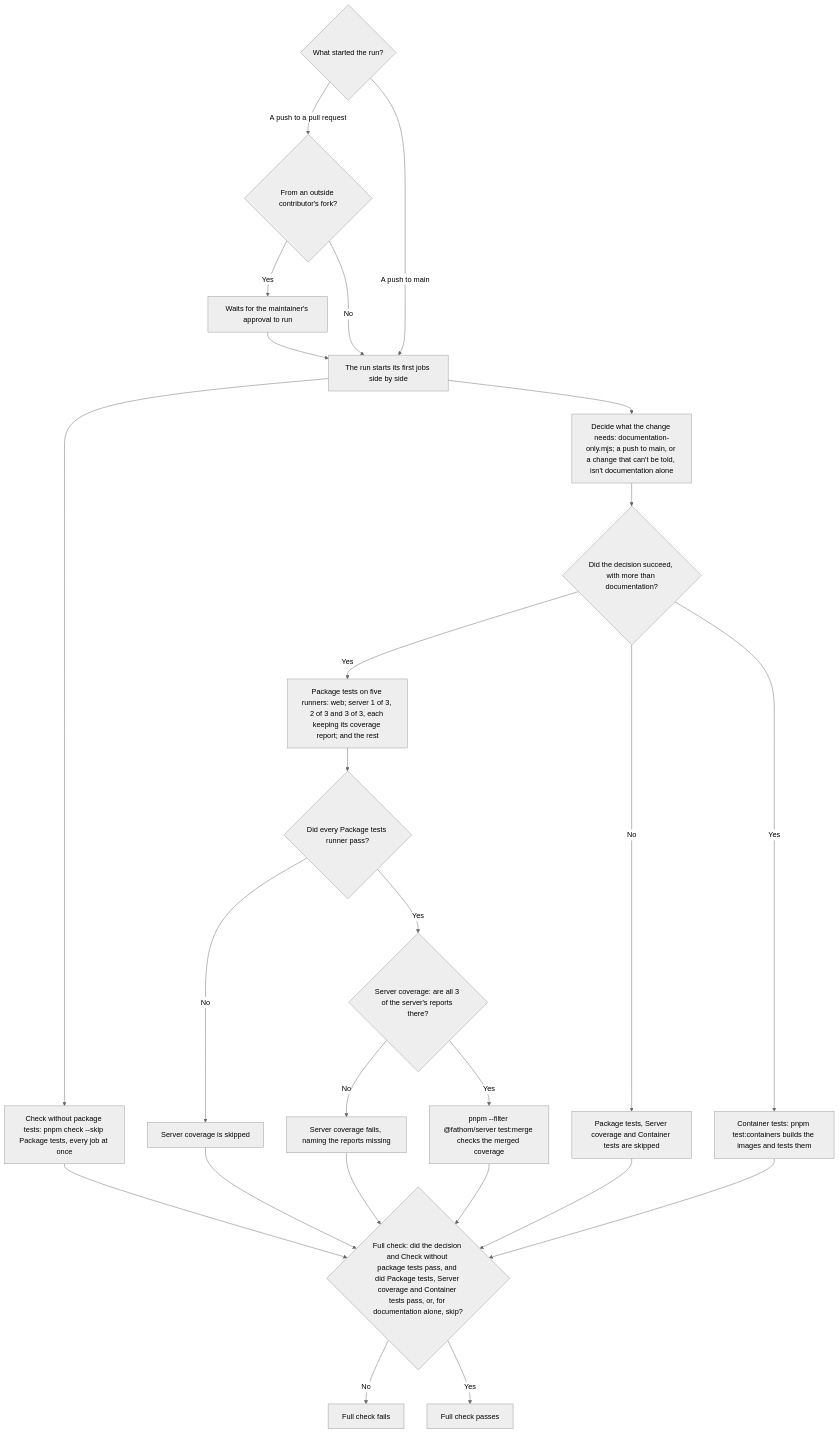
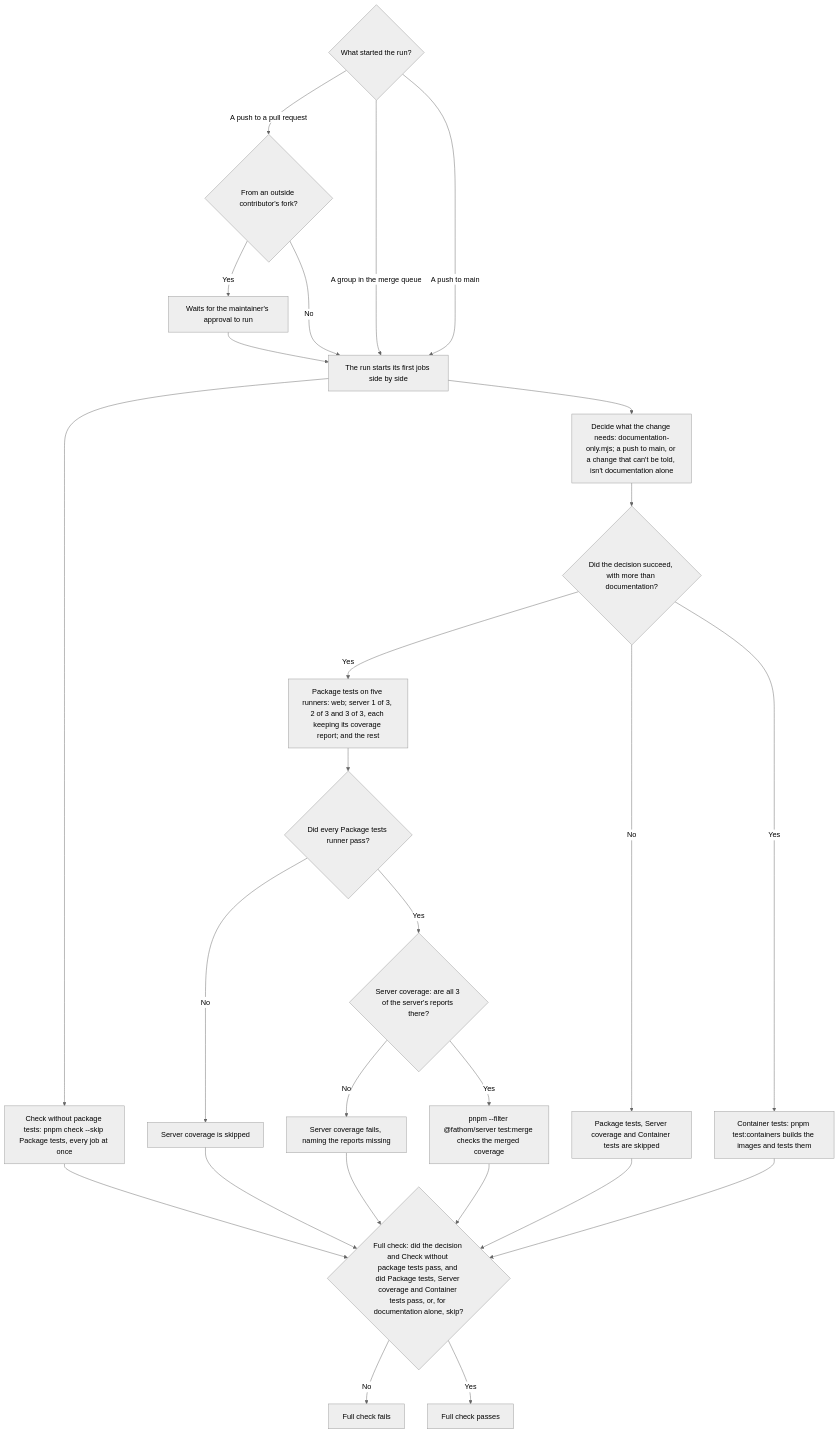
One commit to ribbitworks/fathom changed diagram 11 of 11 in docs/design/checks-and-ci.md. Above: the diagram before and after it, drawn with Mermaid (neutral theme). The commit also changed other lines of this file and 6 other files, not shown here.

````diff
--- a/docs/design/checks-and-ci.md
+++ b/docs/design/checks-and-ci.md
@@ -361,27 +370,28 @@
 ```mermaid
 flowchart TD
     Event{"What started the run?"} -- "A push to a pull request" --> Fork{"From an outside contributor's fork?"}
     Fork -- Yes --> Approval["Waits for the maintainer's approval to run"]
     Fork -- No --> Starts
     Approval --> Starts
+    Event -- "A group in the merge queue" --> Starts
     Event -- "A push to main" --> Starts["The run starts its first jobs side by side"]
     Starts --> Check["Check without package tests: pnpm check --skip Package tests, every job at once"]
     Starts --> Decide["Decide what the change needs: documentation-only.mjs; a push to main, or a change that can't be told, isn't documentation alone"]
     Decide --> DocsOnly{"Did the decision succeed, with more than documentation?"}
     DocsOnly -- Yes --> Packages["Package tests on five runners: web; server 1 of 3, 2 of 3 and 3 of 3, each keeping its coverage report; and the rest"]
     Packages --> PartsPassed{"Did every Package tests runner pass?"}
     PartsPassed -- No --> CoverageSkipped["Server coverage is skipped"]
     PartsPassed -- Yes --> Coverage{"Server coverage: are all 3 of the server's reports there?"}
     Coverage -- No --> MissingReports["Server coverage fails, naming the reports missing"]
     Coverage -- Yes --> MergeCoverage["pnpm --filter @fathom/server test:merge checks the merged coverage"]
     DocsOnly -- No --> Skipped["Package tests, Server coverage and Container tests are skipped"]
     CoverageSkipped --> Full
     DocsOnly -- Yes --> TestContainers["Container tests: pnpm test:containers builds the images and tests them"]
     TestContainers --> Full
     Check --> Full{"Full check: did the decision and Check without package tests pass, and did Package tests, Server coverage and Container tests pass, or, for documentation alone, skip?"}
     MergeCoverage --> Full
     MissingReports --> Full
     Skipped --> Full
     Full -- No --> FullFailed["Full check fails"]
     Full -- Yes --> FullPassed["Full check passes"]
 ```
````
